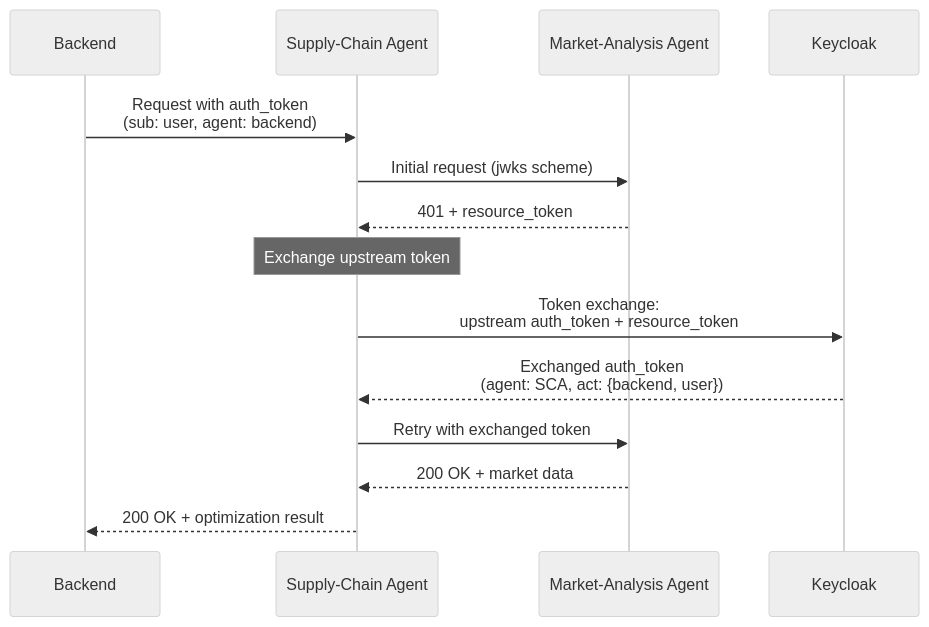
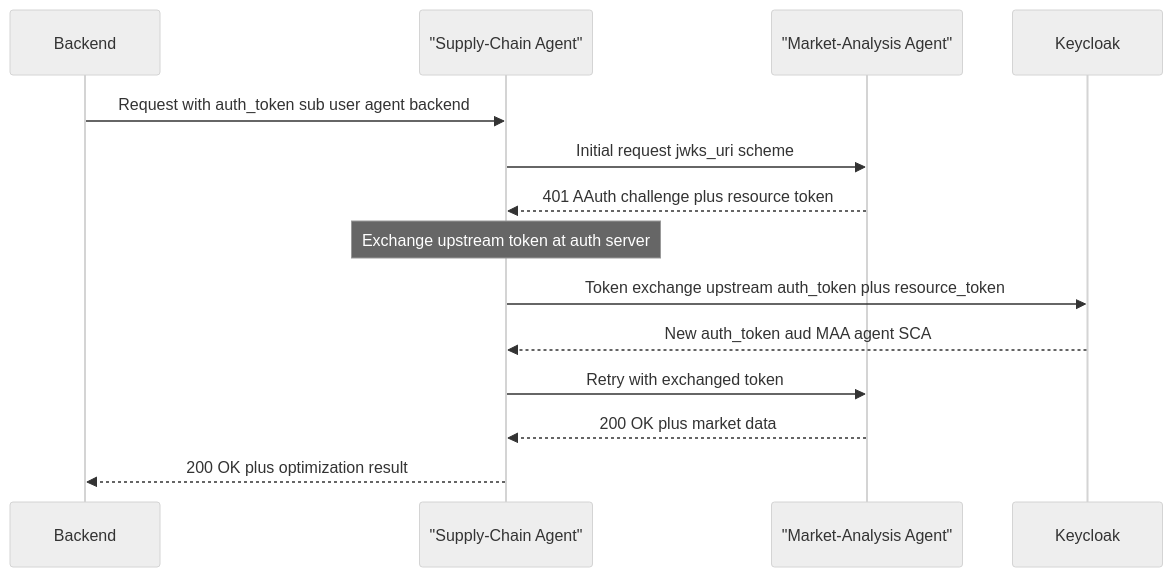
One commit to christian-posta/aauth-full-demo changed the diagram in docs/agent-token-exchange.md. Above: the diagram before and after it, drawn with Mermaid (neutral theme). The commit also changed other lines of this file and 5 other files, not shown here.

````diff
--- a/docs/agent-token-exchange.md
+++ b/docs/agent-token-exchange.md
@@ -23,19 +23,19 @@
 ```mermaid
 sequenceDiagram
     participant BE as Backend
-    participant SCA as Supply-Chain Agent
-    participant MAA as Market-Analysis Agent
+    participant SCA as "Supply-Chain Agent"
+    participant MAA as "Market-Analysis Agent"
     participant KC as Keycloak
 
-    BE->>SCA: Request with auth_token<br/>(sub: user, agent: backend)
-    SCA->>MAA: Initial request (jwks scheme)
-    MAA-->>SCA: 401 + resource_token
+    BE->>SCA: Request with auth_token sub user agent backend
+    SCA->>MAA: Initial request jwks_uri scheme
+    MAA-->>SCA: 401 AAuth challenge plus resource token
     
-    Note over SCA: Exchange upstream token
-    SCA->>KC: Token exchange:<br/>upstream auth_token + resource_token
-    KC-->>SCA: Exchanged auth_token<br/>(agent: SCA, act: {backend, user})
+    Note over SCA: Exchange upstream token at auth server
+    SCA->>KC: Token exchange upstream auth_token plus resource_token
+    KC-->>SCA: New auth_token aud MAA agent SCA
     
     SCA->>MAA: Retry with exchanged token
-    MAA-->>SCA: 200 OK + market data
-    SCA-->>BE: 200 OK + optimization result
+    MAA-->>SCA: 200 OK plus market data
+    SCA-->>BE: 200 OK plus optimization result
 ```
````
